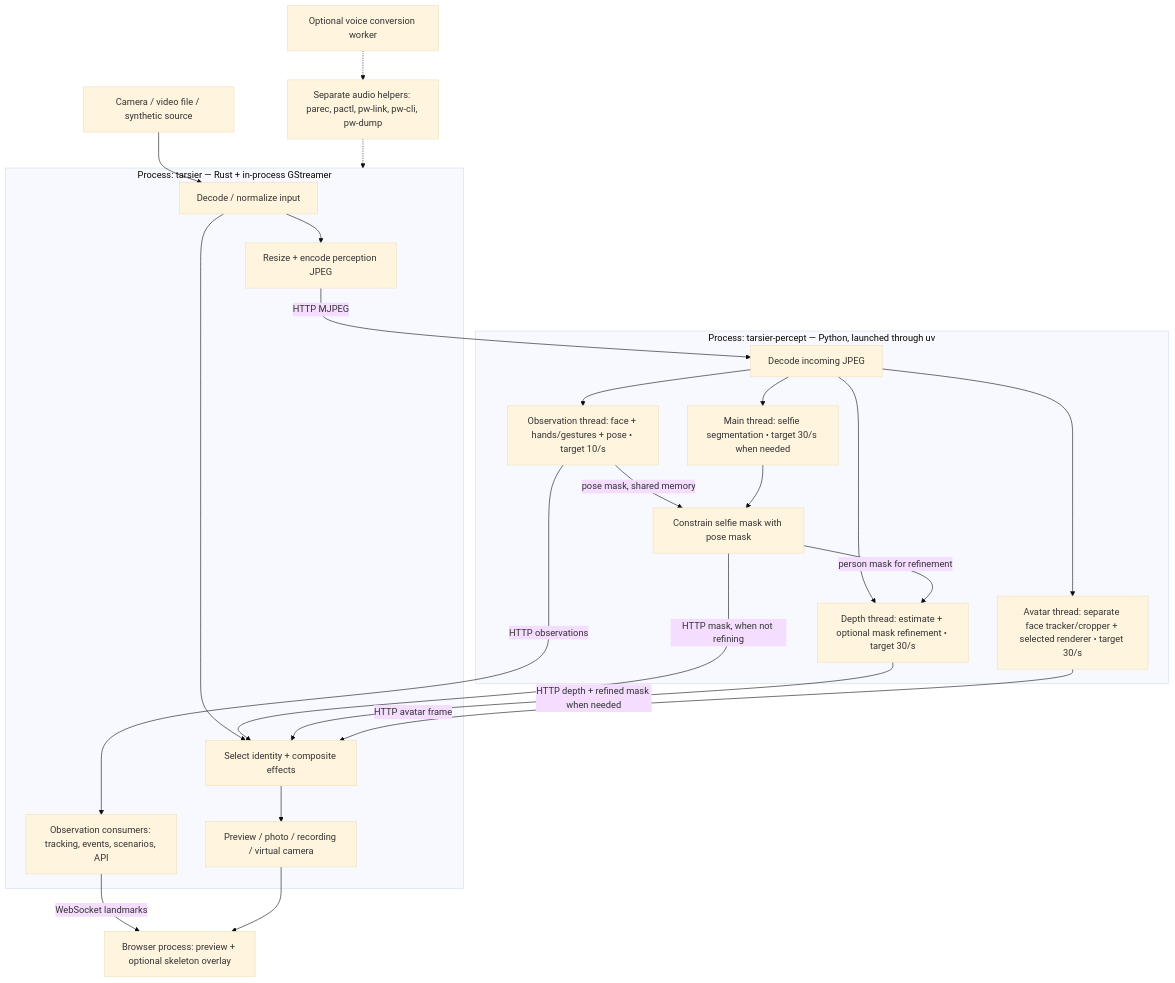
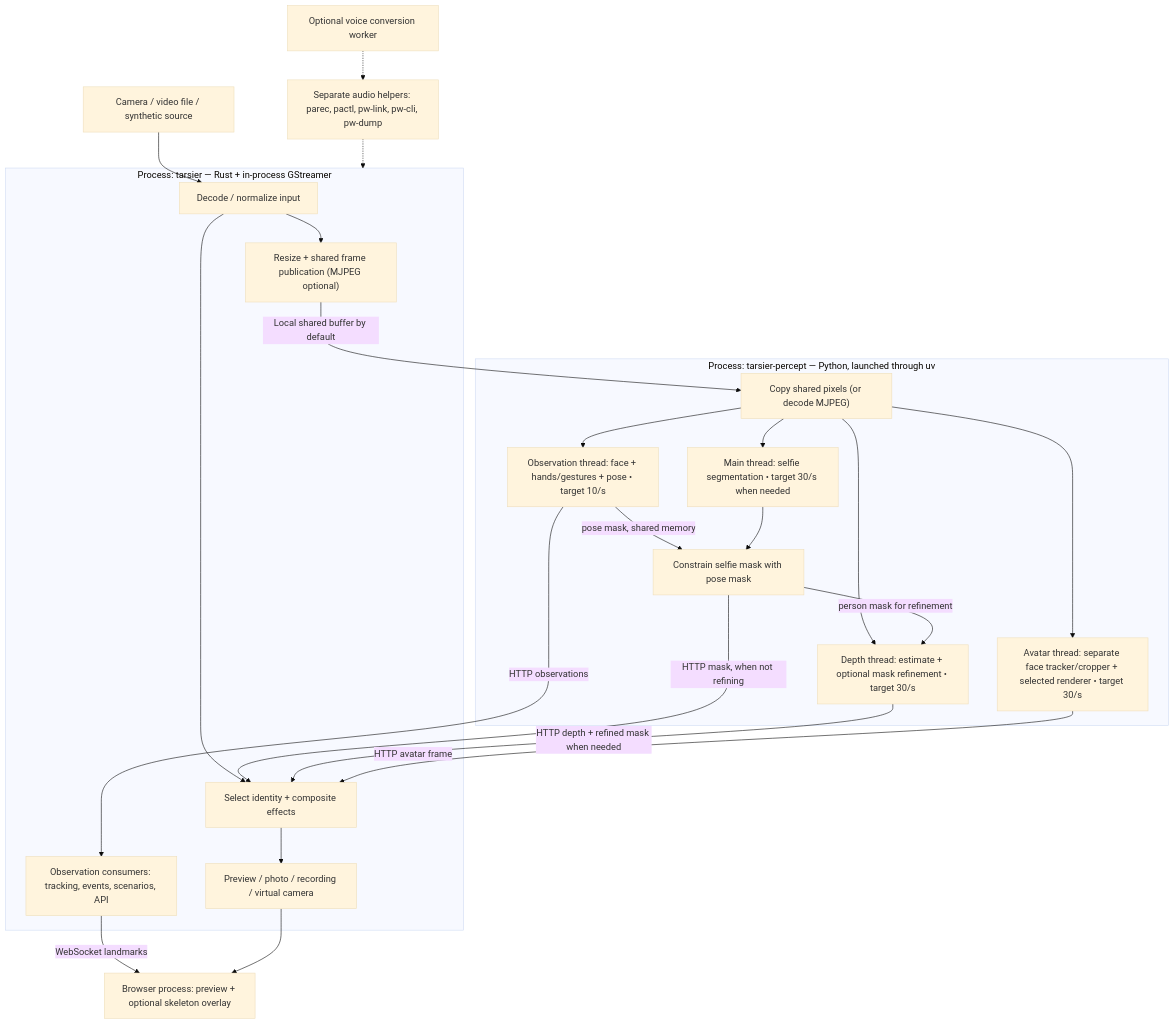
One commit to dguerizec/tarsier changed the first of 2 diagrams in docs/effect-pipelines.md. Above: the diagram before and after it, drawn with Mermaid (base theme). The commit also changed other lines of this file and 16 other files, not shown here.

First line of the commit message:
perf(perception): replace local JPEG transport with shared frames

````diff
--- a/docs/effect-pipelines.md
+++ b/docs/effect-pipelines.md
@@ -11,39 +11,39 @@
 ```mermaid
 flowchart TB
     SOURCE["Camera / video file / synthetic source"]
     subgraph DAEMON["Process: tarsier — Rust + in-process GStreamer"]
         CAP["Decode / normalize input"]
-        JPEG["Resize + encode perception JPEG"]
+        JPEG["Resize + shared frame publication (MJPEG optional)"]
         FX["Select identity + composite effects"]
         OUT["Preview / photo / recording / virtual camera"]
         OBS["Observation consumers: tracking, events, scenarios, API"]
     end
     subgraph WORKER["Process: tarsier-percept — Python, launched through uv"]
-        DEC["Decode incoming JPEG"]
+        DEC["Copy shared pixels (or decode MJPEG)"]
         DET["Observation thread: face + hands/gestures + pose • target 10/s"]
         SEG["Main thread: selfie segmentation • target 30/s when needed"]
         MASK["Constrain selfie mask with pose mask"]
         DEP["Depth thread: estimate + optional mask refinement • target 30/s"]
         AV["Avatar thread: separate face tracker/cropper + selected renderer • target 30/s"]
     end
     SOURCE --> CAP
     CAP --> JPEG
     CAP --> FX
-    JPEG -->|"HTTP MJPEG"| DEC
+    JPEG -->|"Local shared buffer by default"| DEC
     DEC --> DET
     DEC --> SEG
     DET -->|"pose mask, shared memory"| MASK
     SEG --> MASK
     DEC --> DEP
     MASK -->|"person mask for refinement"| DEP
     MASK -->|"HTTP mask, when not refining"| FX
     DEP -->|"HTTP depth + refined mask when needed"| FX
     DEC --> AV
     AV -->|"HTTP avatar frame"| FX
     DET -->|"HTTP observations"| OBS
     OBS -->|"WebSocket landmarks"| UI["Browser process: preview + optional skeleton overlay"]
     FX --> OUT
     OUT --> UI
     AUDIO["Separate audio helpers: parec, pactl, pw-link, pw-cli, pw-dump"] -.-> DAEMON
     VOICE["Optional voice conversion worker"] -.-> AUDIO
 ```
````
